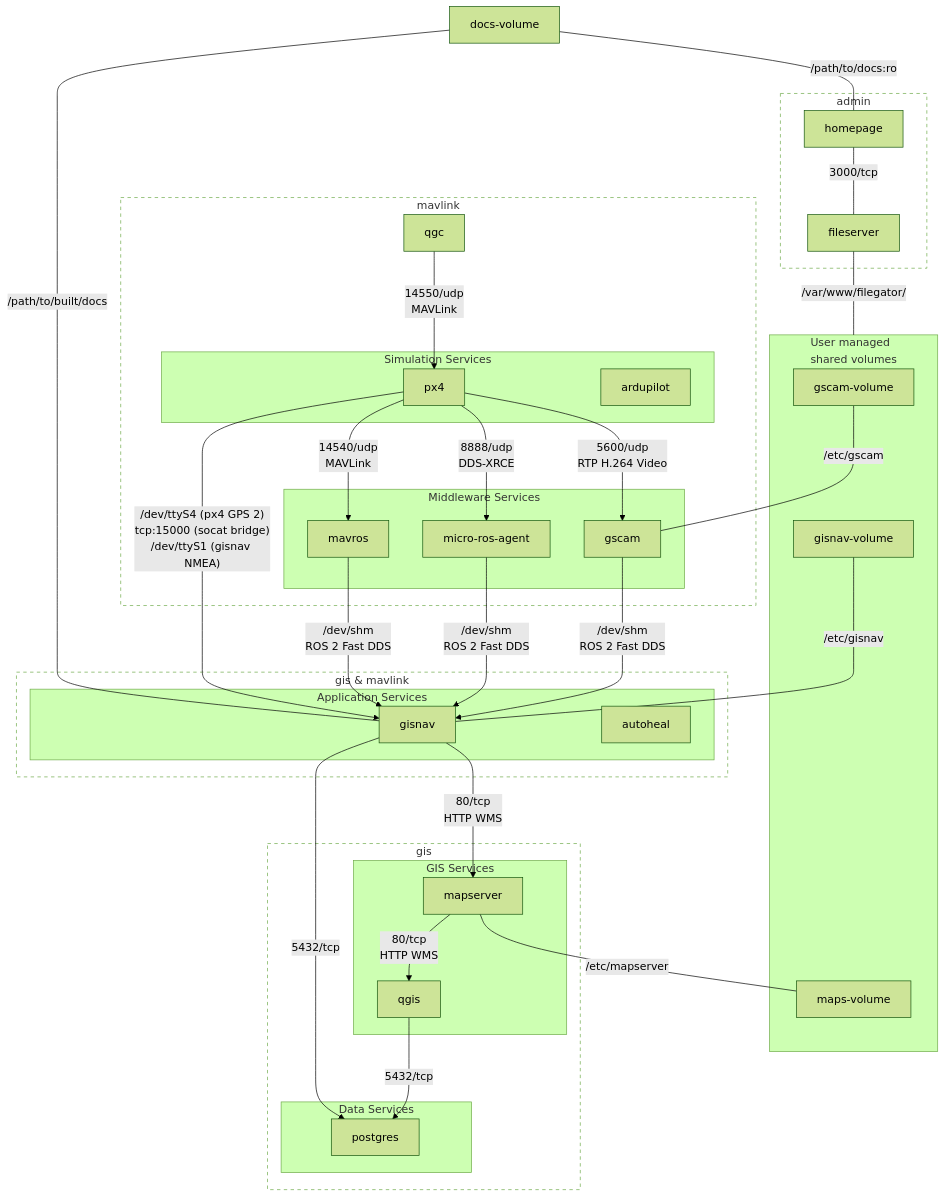
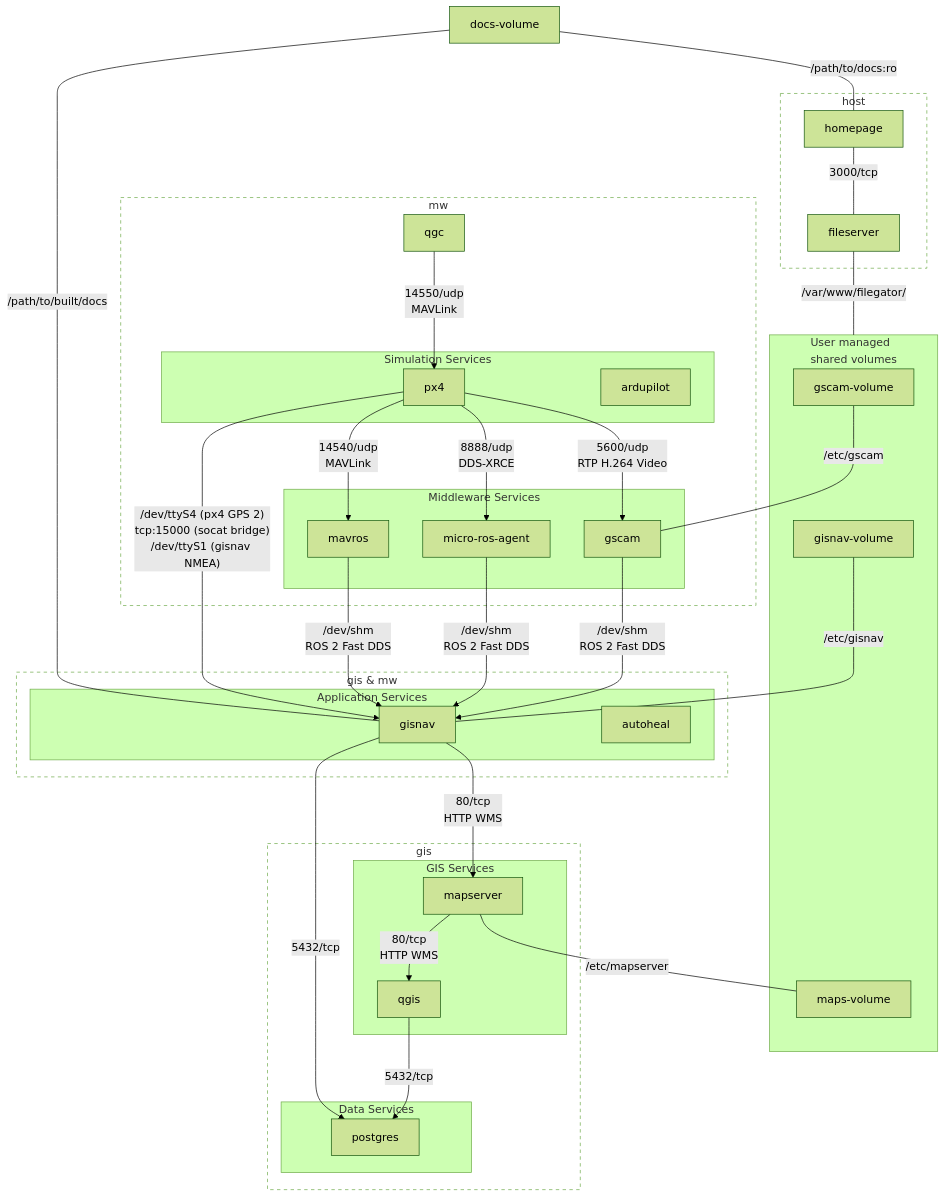
Before and after one commit to hmakelin/gisnav: the second of 2 diagrams in docs/vitepress/docs/system-architecture.md, drawn with Mermaid (forest theme). The commit also changed other lines of this file and 18 other files, not shown here.

````diff
--- a/docs/vitepress/docs/system-architecture.md
+++ b/docs/vitepress/docs/system-architecture.md
@@ -90,68 +89,68 @@
 ```mermaid
 graph TD
-    subgraph mavlink ["mavlink"]
-        mavlink_qgc[qgc]
+    subgraph mw ["mw"]
+        mw_qgc[qgc]
         subgraph simulation ["Simulation Services"]
             simulation_px4[px4]
             simulation_ardupilot[ardupilot]
         end
         subgraph middleware ["Middleware Services"]
             middleware_mavros[mavros]
             middleware_micro_ros_agent[micro-ros-agent]
             middleware_gscam[gscam]
         end
     end
     simulation_px4 -->|"/dev/ttyS4 (px4 GPS 2)\ntcp:15000 (socat bridge)\n/dev/ttyS1 (gisnav NMEA)"| application_gisnav
 
-    subgraph gis_mavlink ["gis & mavlink"]
+    subgraph gis_mw ["gis & mw"]
         subgraph application ["Application Services"]
             application_gisnav[gisnav]
             application_autoheal[autoheal]
         end
     end
     subgraph gis ["gis"]
         subgraph gis_services ["GIS Services"]
             gis_mapserver[mapserver]
             gis_qgis[qgis]
         end
         subgraph data_services ["Data Services"]
             gis_postgres[postgres]
         end
     end
 
-    subgraph admin ["admin"]
+    subgraph host ["host"]
         homepage[homepage]
         fileserver[fileserver]
     end
 
     subgraph volumes ["User managed\nshared volumes"]
         gscam_volume[gscam-volume]
         gis_maps_volume[maps-volume]
         application_gisnav_volume[gisnav-volume]
     end
     application_docs_volume[docs-volume]
 
-    mavlink_qgc -->|14550/udp\nMAVLink| simulation_px4
+    mw_qgc -->|14550/udp\nMAVLink| simulation_px4
     simulation_px4 -->|14540/udp\nMAVLink| middleware_mavros
     simulation_px4 -->|8888/udp\nDDS-XRCE | middleware_micro_ros_agent
     simulation_px4 -->|5600/udp\nRTP H.264 Video| middleware_gscam
     middleware_mavros -->|/dev/shm\nROS 2 Fast DDS| application_gisnav
     middleware_micro_ros_agent -->|/dev/shm\nROS 2 Fast DDS| application_gisnav
     middleware_gscam -->|/dev/shm\nROS 2 Fast DDS| application_gisnav
     application_gisnav -->|5432/tcp| gis_postgres
 
     application_gisnav -->|80/tcp\nHTTP WMS| gis_mapserver
     gis_mapserver -->|80/tcp\nHTTP WMS| gis_qgis
     gis_qgis -->|5432/tcp| gis_postgres
     gis_mapserver ---|/etc/mapserver| gis_maps_volume
     application_gisnav_volume ---|/etc/gisnav| application_gisnav
     application_docs_volume ---|/path/to/built/docs| application_gisnav
     homepage ---|3000/tcp| fileserver
     fileserver ---|"/var/www/filegator/"| volumes
     gscam_volume ---|/etc/gscam| middleware_gscam
 
     application_docs_volume ---|/path/to/docs:ro| homepage
 
     classDef network fill:transparent,stroke-dasharray:5 5;
-    class mavlink,gis,gis_mavlink,admin,admin_gis,host network
+    class mw,gis,gis_mw,admin,admin_gis,host network
 ```
````
